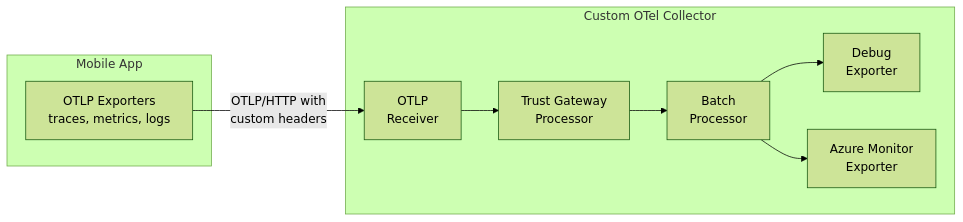
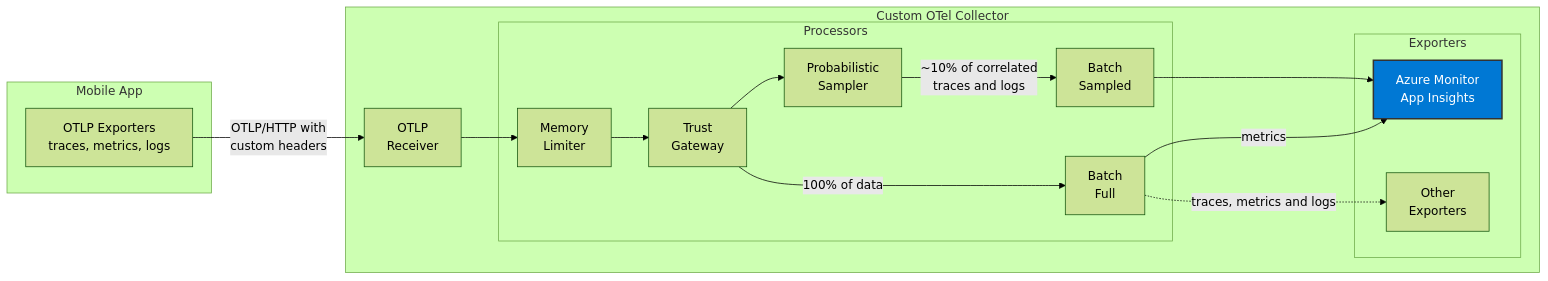
The diagram in README.md (fedeoliv/otel-trust-gateway), drawn with Mermaid (forest theme) before and after one commit.

Commit message:
docs: architecture updated

````diff
--- a/README.md
+++ b/README.md
@@ -31,21 +31,39 @@
 ```mermaid
 graph LR
-    subgraph A[Mobile App]
-        A1[OTLP Exporters<br/>traces, metrics, logs]
+    subgraph Mobile[Mobile App]
+        App[OTLP Exporters<br/>traces, metrics, logs]
     end
 
-    A1 -->|OTLP/HTTP with<br/>custom headers| C
+    App -->|OTLP/HTTP with<br/>custom headers| Receiver
 
-    subgraph B[Custom OTel Collector]
-        C[OTLP <br/>Receiver]
-        D[Trust Gateway<br/> Processor]
-        E[Batch <br/>Processor]
-        F[Debug <br/>Exporter]
-        G[Azure Monitor<br/>Exporter]
-
-        C --> D
-        D --> E
-        E --> F
-        E --> G
+    subgraph Collector[Custom OTel Collector]
+        Receiver[OTLP<br/>Receiver]
+        
+        subgraph Processors[Processors]
+            Memory[Memory<br/>Limiter]
+            TrustGW[Trust <br/>Gateway]
+            Sampler[Probabilistic<br/>Sampler<br/>]
+            Batch1[Batch<br/>Sampled]
+            Batch2[Batch<br/>Full]
+        end
+        
+        subgraph Exporters[Exporters]
+            Azure[Azure Monitor<br/>App Insights]
+            Other[Other <br/>Exporters]
+        end
+        
+        Receiver --> Memory
+        Memory --> TrustGW
+        
+        TrustGW --> Sampler
+        Sampler -->|~10% of correlated<br/> traces and logs| Batch1
+        Batch1 --> Azure
+        
+        TrustGW -->|100% of data| Batch2
+        Batch2 --> |metrics|Azure
+        
+        Batch2 -.-> |traces, metrics and logs|Other
     end
+    
+    style Azure fill:#0078d4,stroke:#333,stroke-width:2px,color:#fff
 ```
````
